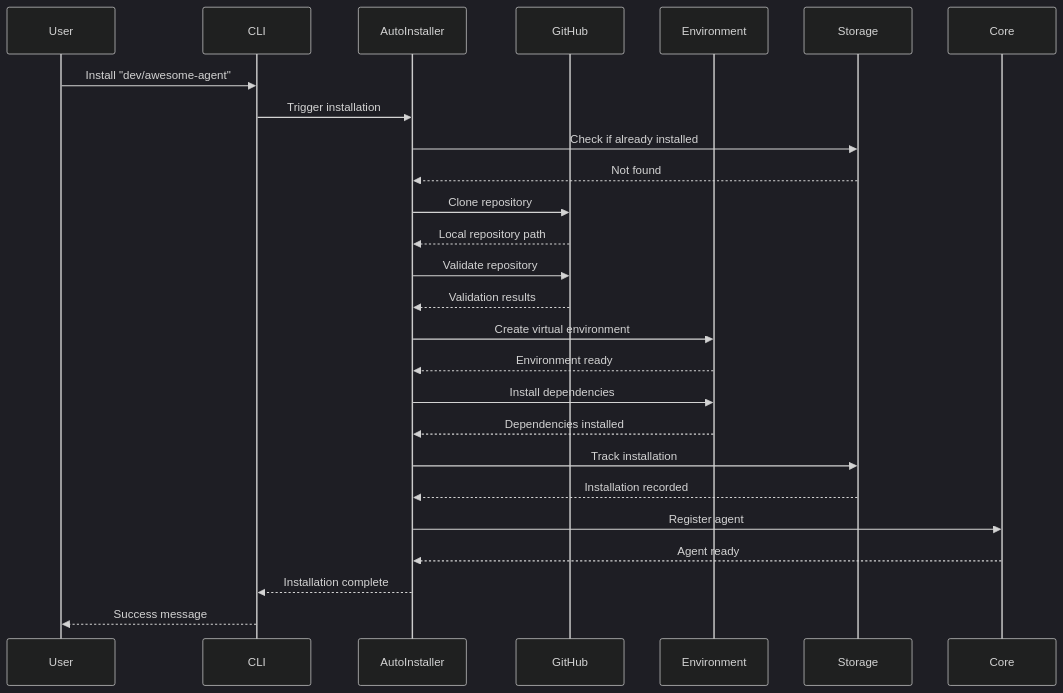
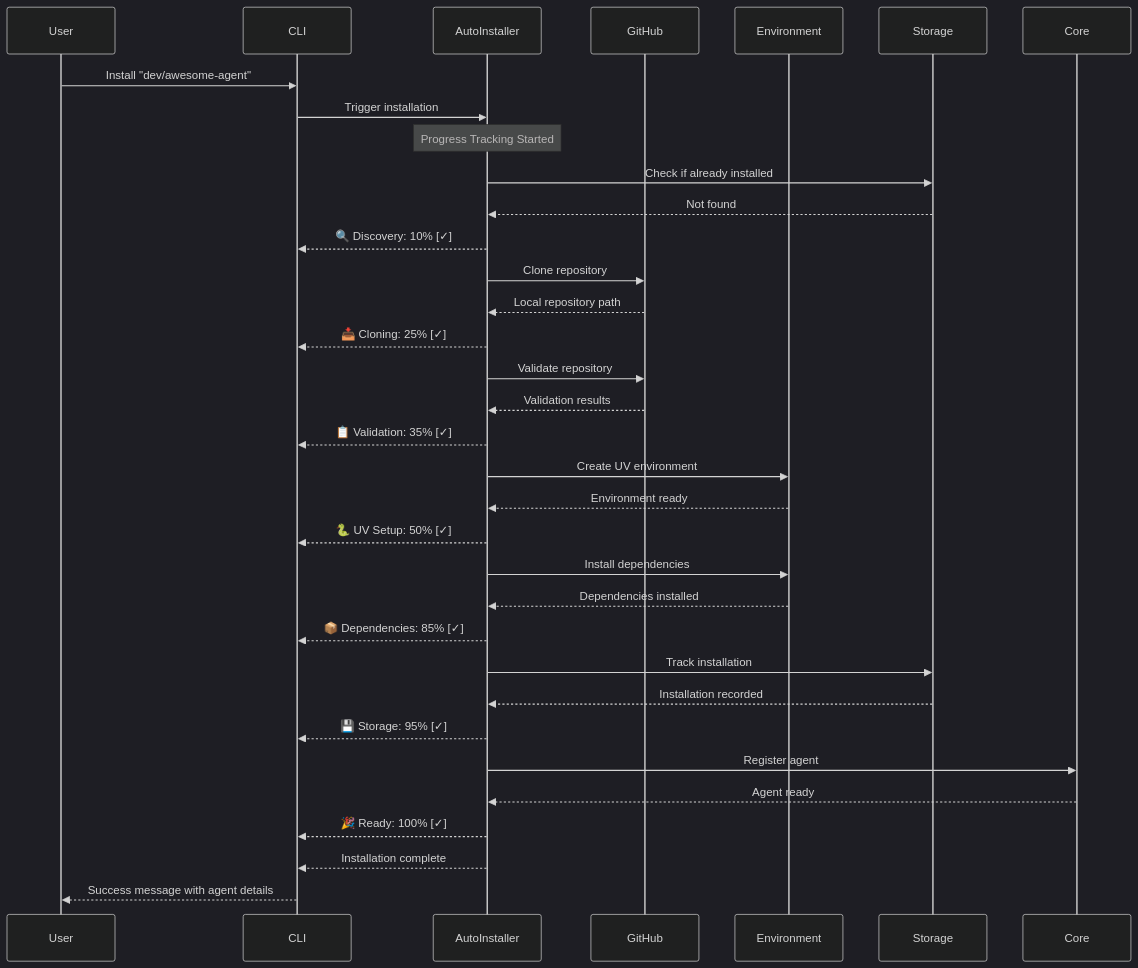
One commit to agentplug/agenthub changed the second of 2 diagrams in docs/.implementation_design/phase2_auto_install/README.md. Above: the diagram before and after it, drawn with Mermaid (dark theme). The commit also changed other lines of this file and 1 other file, not shown here.

First line of the commit message:
ENHANCE: Progress Tracking & Enhanced Error Handling

````diff
--- a/docs/.implementation_design/phase2_auto_install/README.md
+++ b/docs/.implementation_design/phase2_auto_install/README.md
@@ -185,29 +196,46 @@
 ```mermaid
 sequenceDiagram
     participant User
     participant CLI
     participant AutoInstaller
     participant GitHub
     participant Environment
     participant Storage
     participant Core
 
     User->>CLI: Install "dev/awesome-agent"
     CLI->>AutoInstaller: Trigger installation
+
+    Note over AutoInstaller: Progress Tracking Started
+
     AutoInstaller->>Storage: Check if already installed
     Storage-->>AutoInstaller: Not found
+    AutoInstaller-->>CLI: 🔍 Discovery: 10% [✓]
+
     AutoInstaller->>GitHub: Clone repository
     GitHub-->>AutoInstaller: Local repository path
+    AutoInstaller-->>CLI: 📥 Cloning: 25% [✓]
+
     AutoInstaller->>GitHub: Validate repository
     GitHub-->>AutoInstaller: Validation results
-    AutoInstaller->>Environment: Create virtual environment
+    AutoInstaller-->>CLI: 📋 Validation: 35% [✓]
+
+    AutoInstaller->>Environment: Create UV environment
     Environment-->>AutoInstaller: Environment ready
+    AutoInstaller-->>CLI: 🐍 UV Setup: 50% [✓]
+
     AutoInstaller->>Environment: Install dependencies
     Environment-->>AutoInstaller: Dependencies installed
+    AutoInstaller-->>CLI: 📦 Dependencies: 85% [✓]
+
     AutoInstaller->>Storage: Track installation
     Storage-->>AutoInstaller: Installation recorded
+    AutoInstaller-->>CLI: 💾 Storage: 95% [✓]
+
     AutoInstaller->>Core: Register agent
     Core-->>AutoInstaller: Agent ready
+    AutoInstaller-->>CLI: 🎉 Ready: 100% [✓]
+
     AutoInstaller-->>CLI: Installation complete
-    CLI-->>User: Success message
+    CLI-->>User: Success message with agent details
 ```
````
